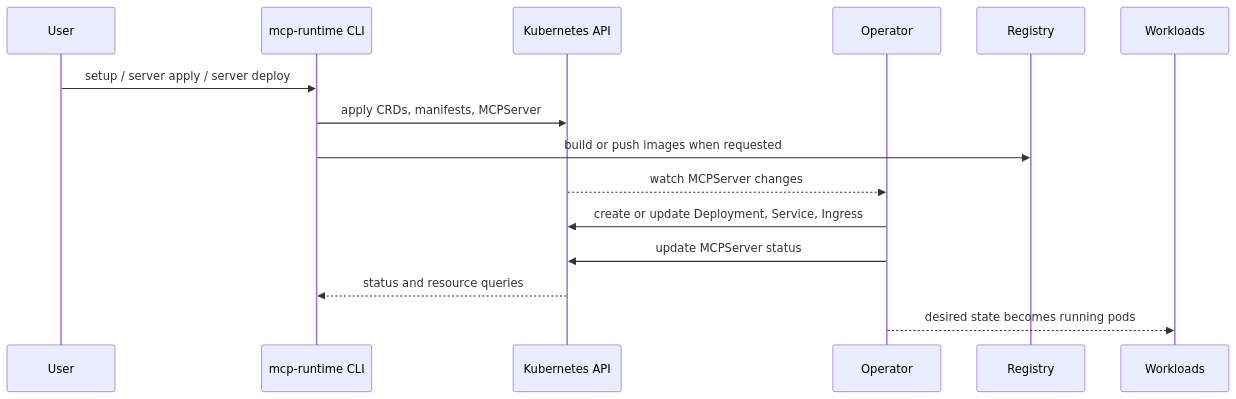
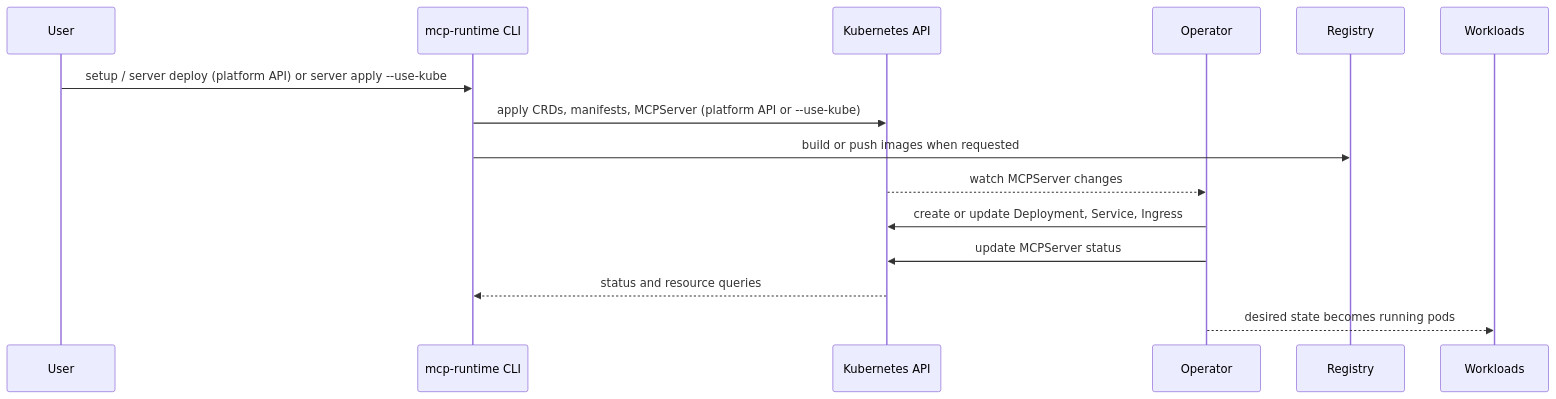
One commit to Agent-Hellboy/mcp-runtime changed the second of 4 diagrams in docs/internals/README.md. Above: the diagram before and after it, drawn with Mermaid. The commit also changed 8 other files, not shown here.

First line of the commit message:
doc: second-pass platform API vs admin --use-kube validation

````diff
--- a/docs/internals/README.md
+++ b/docs/internals/README.md
@@ -62,18 +62,18 @@
 ```mermaid
 sequenceDiagram
     participant U as User
     participant CLI as mcp-runtime CLI
     participant K as Kubernetes API
     participant O as Operator
     participant R as Registry
     participant W as Workloads
 
-    U->>CLI: setup / server apply / server deploy
-    CLI->>K: apply CRDs, manifests, MCPServer
+    U->>CLI: setup / server deploy (platform API) or server apply --use-kube
+    CLI->>K: apply CRDs, manifests, MCPServer (platform API or --use-kube)
     CLI->>R: build or push images when requested
     K-->>O: watch MCPServer changes
     O->>K: create or update Deployment, Service, Ingress
     O->>K: update MCPServer status
     K-->>CLI: status and resource queries
     O-->>W: desired state becomes running pods
 ```
````
